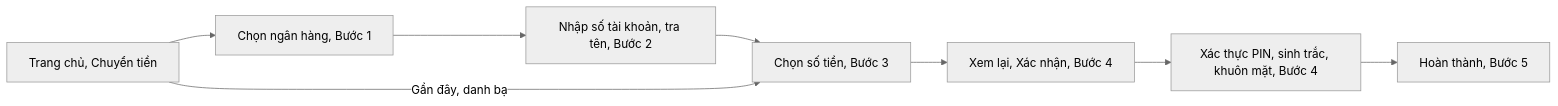
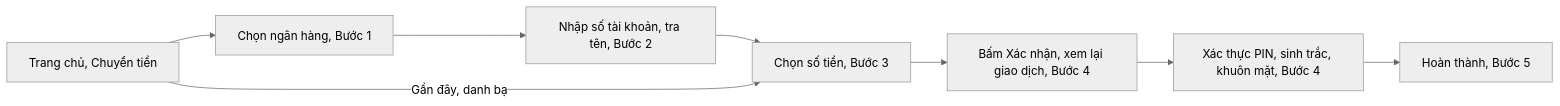
One commit to uxfoundation-vn/de07-chuyen-khoan-ngan-hang changed the first of 3 diagrams in README.md. Above: the diagram before and after it, drawn with Mermaid (neutral theme). The commit also changed other lines of this file and 2 other files, not shown here.

First line of the commit message:
Đề 7: bấm Xác nhận ở màn chọn số tiền rồi mới xem lại giao dịch

````diff
--- a/README.md
+++ b/README.md
@@ -27,10 +27,10 @@
 ```mermaid
 flowchart LR
   A["Trang chủ, Chuyển tiền"] --> B["Chọn ngân hàng, Bước 1"]
   B --> C["Nhập số tài khoản, tra tên, Bước 2"]
   C --> D["Chọn số tiền, Bước 3"]
-  D --> E["Xem lại, Xác nhận, Bước 4"]
+  D --> E["Bấm Xác nhận, xem lại giao dịch, Bước 4"]
   E --> F["Xác thực PIN, sinh trắc, khuôn mặt, Bước 4"]
   F --> G["Hoàn thành, Bước 5"]
   A -->|Gần đây, danh bạ| D
 ```
````
